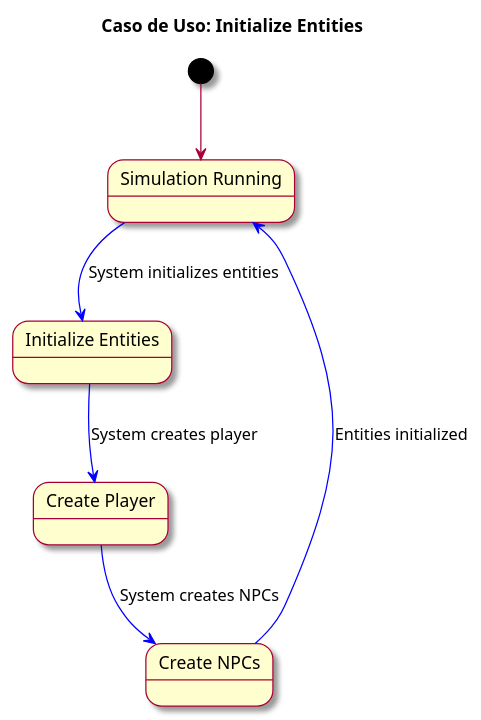
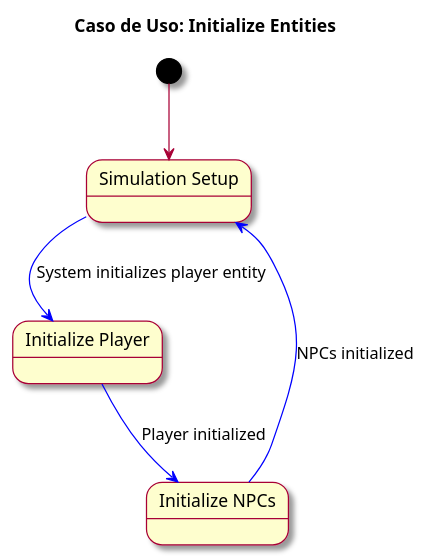
One commit to mmasias/23-24-IdSw2-SDD changed the diagram in docs/casosDeUso/detalleDeCasosDeUso/initializeEntities.puml. Above: the diagram before and after it, drawn with PlantUML.

Commit message:
[fix] initializeEntities.puml

```diff
--- a/docs/casosDeUso/detalleDeCasosDeUso/initializeEntities.puml
+++ b/docs/casosDeUso/detalleDeCasosDeUso/initializeEntities.puml
@@ -1,16 +1,14 @@
 @startuml
 skin rose
 title Caso de Uso: Initialize Entities
 
-state SIMULATION_RUNNING as "Simulation Running"
-state InitializeEntities as "Initialize Entities"
-state CreatePlayer as "Create Player"
-state CreateNPCs as "Create NPCs"
+state SIMULATION_SETUP as "Simulation Setup"
+state InitializePlayer as "Initialize Player"
+state InitializeNPCs as "Initialize NPCs"
 
-[*] --> SIMULATION_RUNNING
-SIMULATION_RUNNING -[#blue]-> InitializeEntities : System initializes entities
-InitializeEntities -[#blue]-> CreatePlayer : System creates player
-CreatePlayer -[#blue]-> CreateNPCs : System creates NPCs
-CreateNPCs -[#blue]-> SIMULATION_RUNNING : Entities initialized
+[*] --> SIMULATION_SETUP
+SIMULATION_SETUP -[#blue]-> InitializePlayer : System initializes player entity
+InitializePlayer -[#blue]-> InitializeNPCs : Player initialized
+InitializeNPCs -[#blue]-> SIMULATION_SETUP : NPCs initialized
 
 @enduml
```
